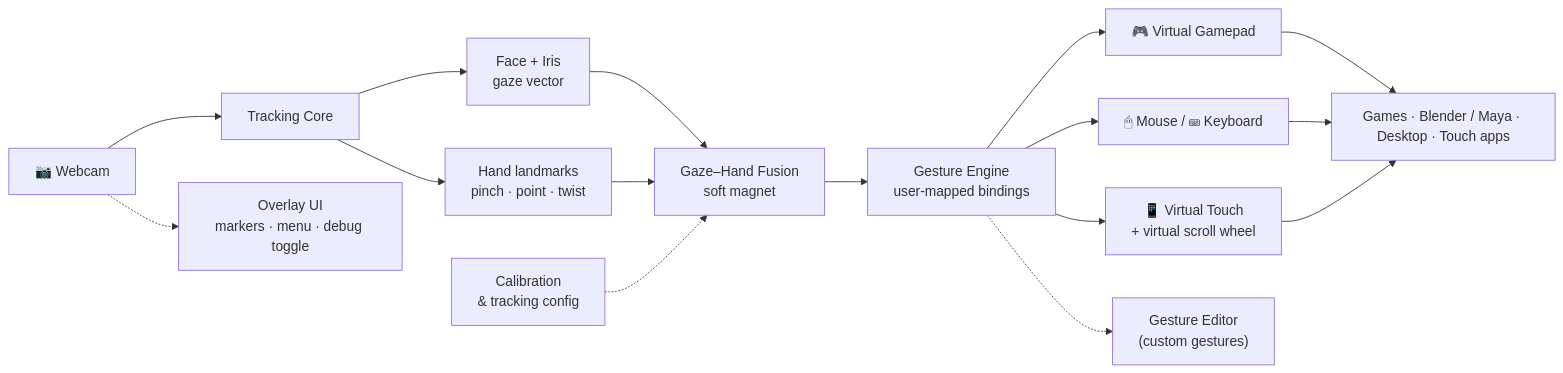
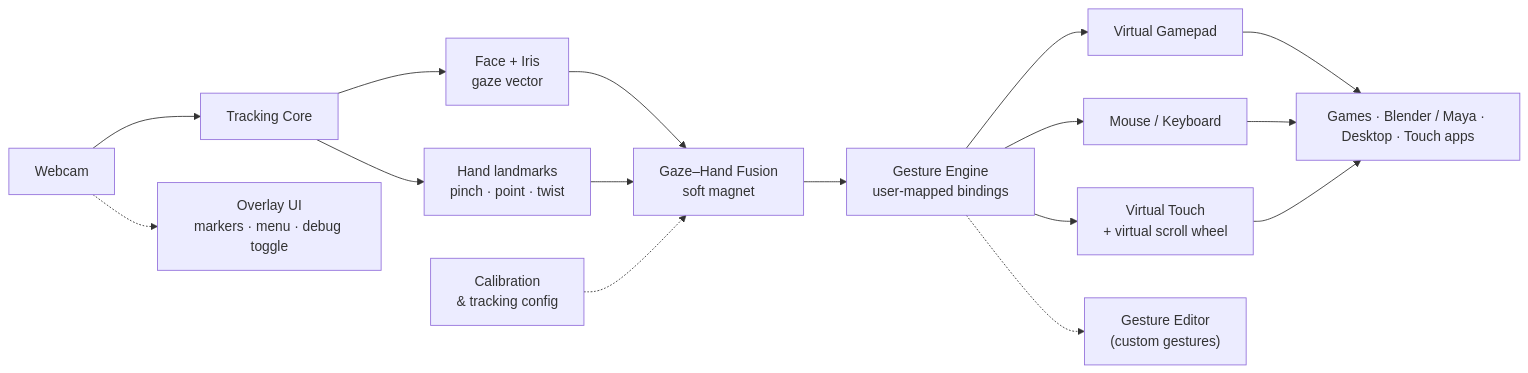
Before and after one commit to D34THC0N3/virtual-controls: the diagram in README.md, drawn with Mermaid. The commit also changed other lines of this file, not shown here.

````diff
--- a/README.md
+++ b/README.md
@@ -53,21 +53,21 @@
 ```mermaid
 flowchart LR
-    CAM["📷 Webcam"] --> TRK["Tracking Core"]
+    CAM["Webcam"] --> TRK["Tracking Core"]
     TRK --> FACE["Face + Iris<br/>gaze vector"]
     TRK --> HAND["Hand landmarks<br/>pinch · point · twist"]
     FACE --> FUS["Gaze–Hand Fusion<br/>soft magnet"]
     HAND --> FUS
     FUS --> GES["Gesture Engine<br/>user-mapped bindings"]
-    GES --> PAD["🎮 Virtual Gamepad"]
-    GES --> MKB["🖱 Mouse / ⌨ Keyboard"]
-    GES --> TOUCH["📱 Virtual Touch<br/>+ virtual scroll wheel"]
+    GES --> PAD["Virtual Gamepad"]
+    GES --> MKB["Mouse / Keyboard"]
+    GES --> TOUCH["Virtual Touch<br/>+ virtual scroll wheel"]
 
     CAM -.-> OVL
     OVL["Overlay UI<br/>markers · menu · debug toggle"]
     CAL["Calibration<br/>& tracking config"] -.-> FUS
     GES -.-> CFG["Gesture Editor<br/>(custom gestures)"]
 
     PAD --> APPS["Games · Blender / Maya · Desktop · Touch apps"]
     MKB --> APPS
     TOUCH --> APPS
 ```
````
